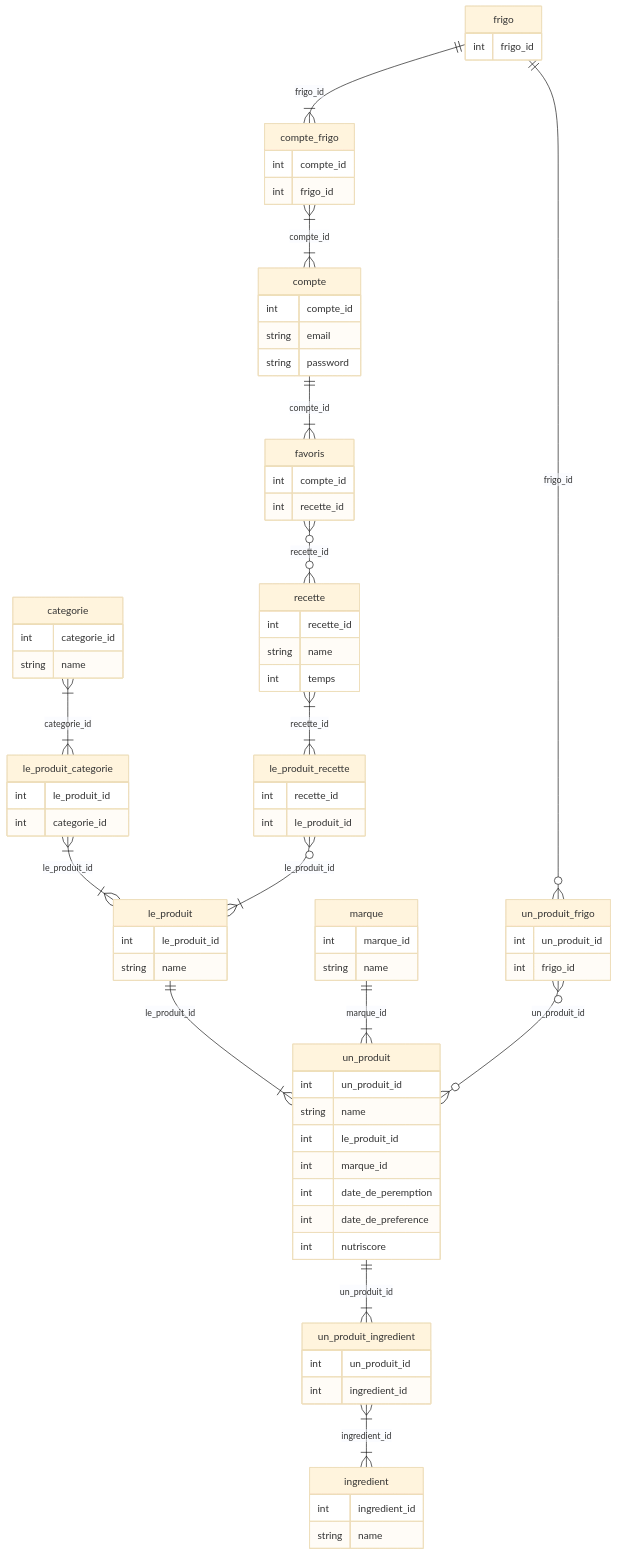
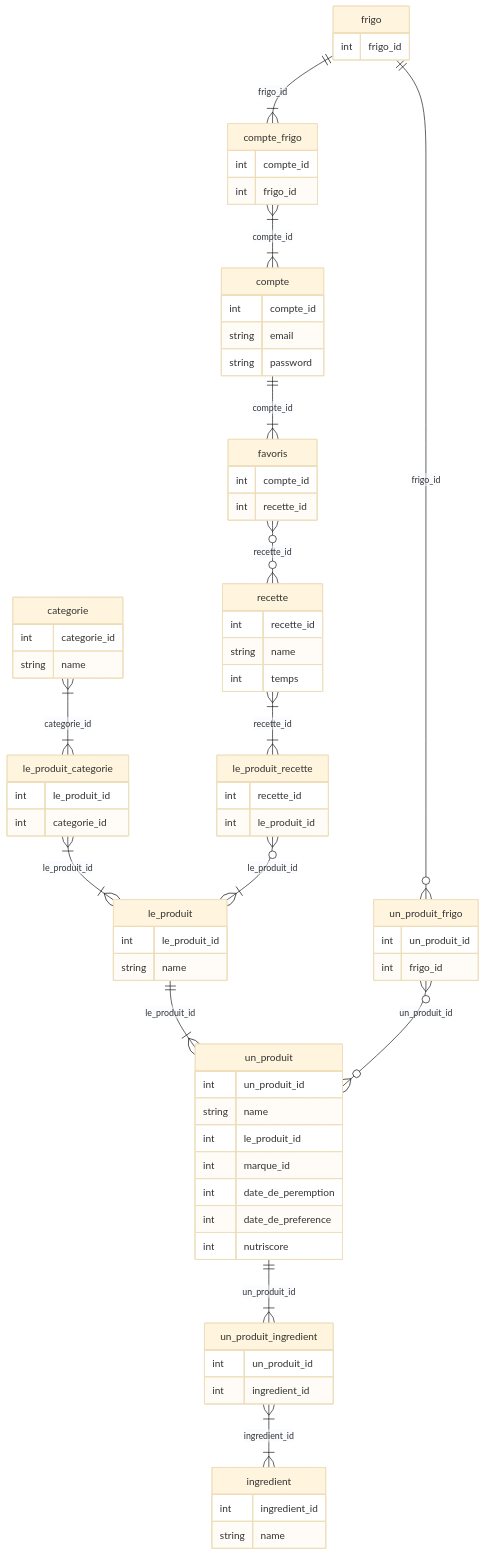
Before and after one commit to GitLost-sudo/Scaneat: the third of 3 diagrams in readme.md, drawn with Mermaid (base theme). The commit also changed other lines of this file, not shown here.

````diff
--- a/readme.md
+++ b/readme.md
@@ -119,81 +114,76 @@
 ``` mermaid
 erDiagram
 
 le_produit ||--|{ un_produit : le_produit_id
-marque ||--|{ un_produit : marque_id
 categorie }|--|{ le_produit_categorie : categorie_id
 le_produit_categorie }|--|{ le_produit : le_produit_id
 frigo ||--o{ un_produit_frigo : frigo_id
 un_produit_frigo }o--o{ un_produit : un_produit_id
 frigo ||--|{ compte_frigo : frigo_id
 compte_frigo }|--|{ compte : compte_id
 compte ||--|{ favoris : compte_id
 favoris }o--o{ recette : recette_id
 recette }|--|{ le_produit_recette : recette_id
 le_produit_recette }o--|{ le_produit : le_produit_id
 un_produit ||--|{ un_produit_ingredient : un_produit_id
 un_produit_ingredient }|--|{ ingredient : ingredient_id
 
 recette {
     int recette_id
     string name
     int temps
 }
 le_produit_recette {
     int recette_id
     int le_produit_id
 }
 le_produit {
     int le_produit_id
     string name
 }
 un_produit {
     int un_produit_id
     string name
     int le_produit_id
     int marque_id
     int date_de_peremption
     int date_de_preference
     int nutriscore
 }
 un_produit_ingredient {
     int un_produit_id
     int ingredient_id
 }
 ingredient {
     int ingredient_id
     string name
 }
 categorie {
     int categorie_id
     string name
 }
 le_produit_categorie {
     int le_produit_id
     int categorie_id
 }
 compte{
     int compte_id
     string email
     string password
 }
 un_produit_frigo {
     int un_produit_id
     int frigo_id
 }
 frigo {
     int frigo_id
 }
 compte_frigo {
     int compte_id
     int frigo_id
 }
 favoris {
     int compte_id
     int recette_id
 }
-marque {
-    int marque_id
-    string name
-}
 ```
````
